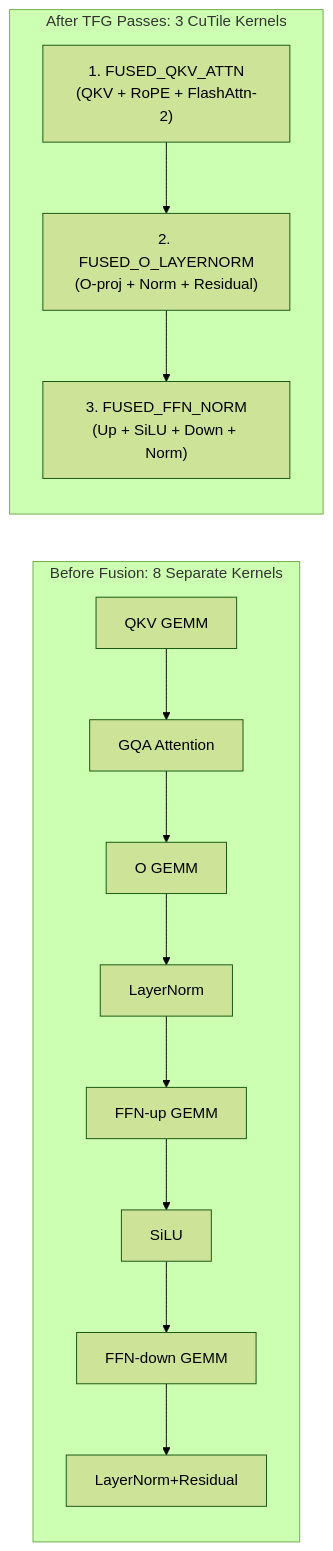
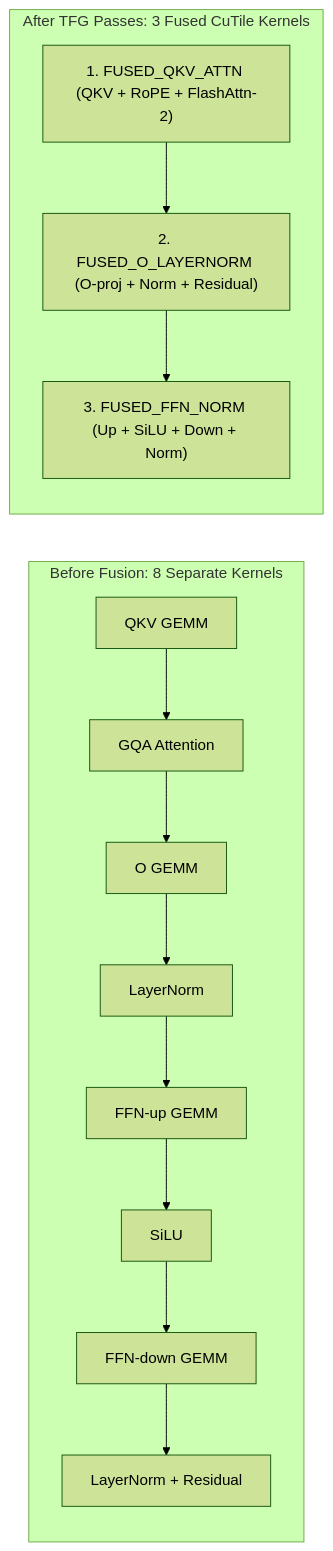
Before and after one commit to samudragupto/cutile-forge: the second of 2 diagrams in README.md, drawn with Mermaid (forest theme). The commit also changed other lines of this file and 3 other files, not shown here.

Commit message:
docs: fix Mermaid syntax in ARCHITECTURE.md and README.md, use real PowerShell CLI output

````diff
--- a/README.md
+++ b/README.md
@@ -25,11 +46,21 @@
 ```mermaid
-graph LR
+flowchart LR
     subgraph Unfused["Before Fusion: 8 Separate Kernels"]
         direction TB
-        U1[QKV GEMM] --> U2[GQA Attention] --> U3[O GEMM] --> U4[LayerNorm] --> U5[FFN-up GEMM] --> U6[SiLU] --> U7[FFN-down GEMM] --> U8[LayerNorm+Residual]
+        U1["QKV GEMM"] --> U2["GQA Attention"]
+        U2 --> U3["O GEMM"]
+        U3 --> U4["LayerNorm"]
+        U4 --> U5["FFN-up GEMM"]
+        U5 --> U6["SiLU"]
+        U6 --> U7["FFN-down GEMM"]
+        U7 --> U8["LayerNorm + Residual"]
     end
-    subgraph Fused["After TFG Passes: 3 CuTile Kernels"]
+
+    subgraph Fused["After TFG Passes: 3 Fused CuTile Kernels"]
         direction TB
-        T1["1. FUSED_QKV_ATTN<br/>(QKV + RoPE + FlashAttn-2)"] --> T2["2. FUSED_O_LAYERNORM<br/>(O-proj + Norm + Residual)"] --> T3["3. FUSED_FFN_NORM<br/>(Up + SiLU + Down + Norm)"]
+        F1["1. FUSED_QKV_ATTN (QKV + RoPE + FlashAttn-2)"]
+        F2["2. FUSED_O_LAYERNORM (O-proj + Norm + Residual)"]
+        F3["3. FUSED_FFN_NORM (Up + SiLU + Down + Norm)"]
+        F1 --> F2 --> F3
     end
 ```
````
